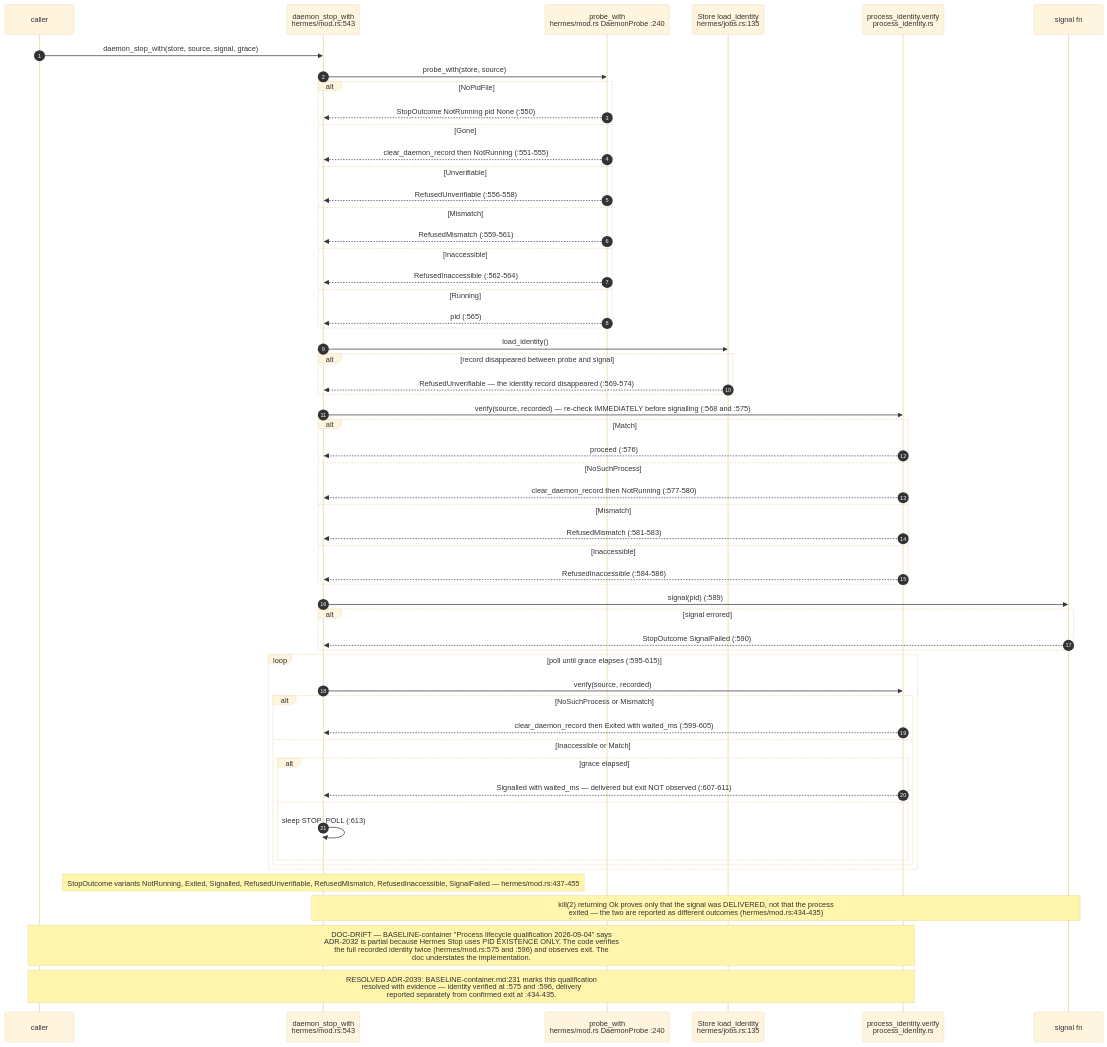
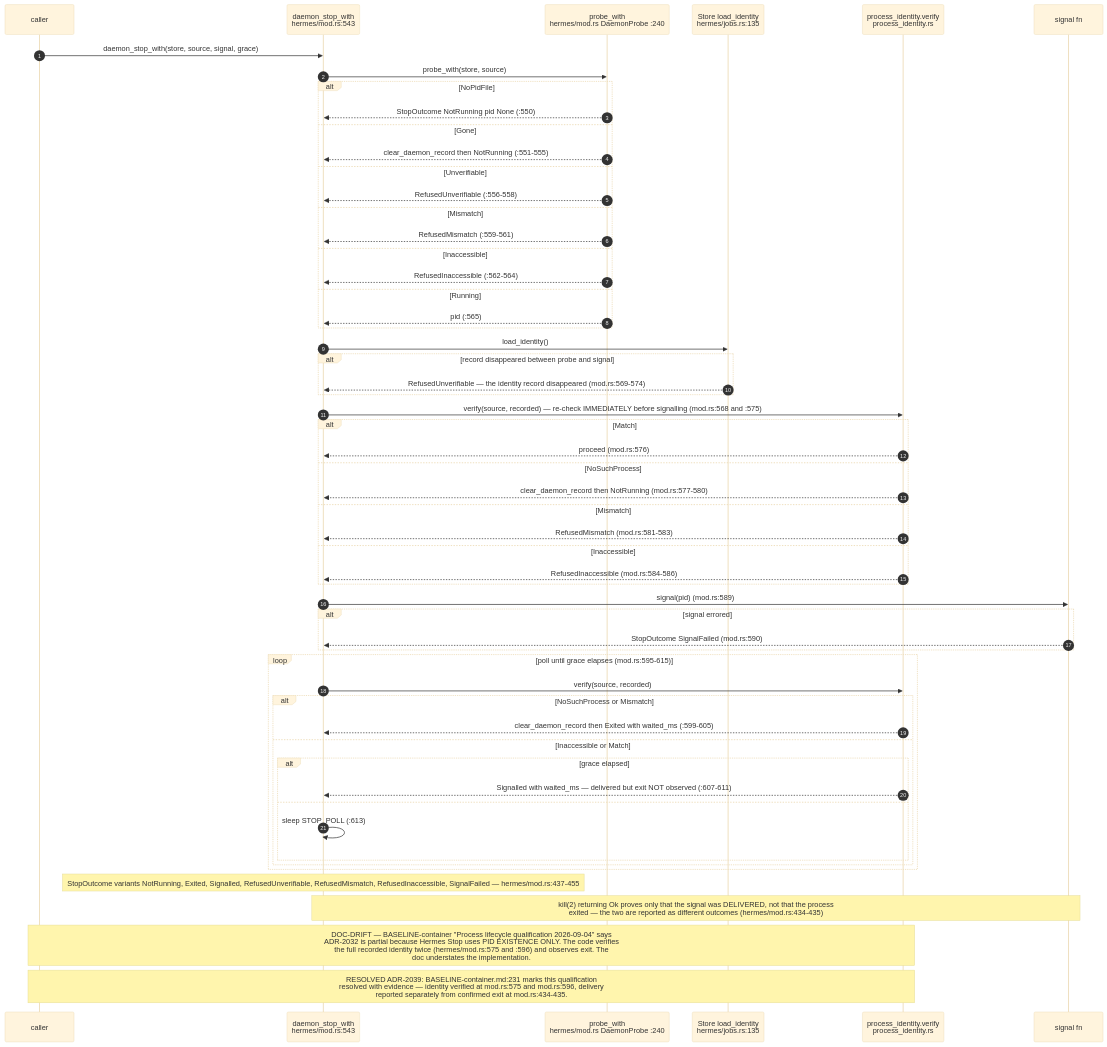
Before and after one commit to DreamLab-AI/VisionFlow: the sixth of 9 diagrams in docs/diagrams/agentbox/07-daemons-reapers-cron-backups.md, drawn with Mermaid (base theme). The commit also changed other lines of this file and 52 other files, not shown here.

First line of the commit message:
docs(diagrams): wave 3 checkpoint — bare line refs resolved, revision-pinned cite-check, VC-05/AB-01..13 re-attested

````diff
--- a/docs/diagrams/agentbox/07-daemons-reapers-cron-backups.md
+++ b/docs/diagrams/agentbox/07-daemons-reapers-cron-backups.md
@@ -220,60 +220,60 @@
 ```mermaid
 sequenceDiagram
     autonumber
     participant C as caller
     participant S as daemon_stop_with<br/>hermes/mod.rs:543
     participant P as probe_with<br/>hermes/mod.rs DaemonProbe :240
     participant ST as Store load_identity<br/>hermes/jobs.rs:135
     participant V as process_identity.verify<br/>process_identity.rs
     participant SIG as signal fn
 
     C->>S: daemon_stop_with(store, source, signal, grace)
     S->>P: probe_with(store, source)
     alt NoPidFile
         P-->>S: StopOutcome NotRunning pid None (:550)
     else Gone
         P-->>S: clear_daemon_record then NotRunning (:551-555)
     else Unverifiable
         P-->>S: RefusedUnverifiable (:556-558)
     else Mismatch
         P-->>S: RefusedMismatch (:559-561)
     else Inaccessible
         P-->>S: RefusedInaccessible (:562-564)
     else Running
         P-->>S: pid (:565)
     end
     S->>ST: load_identity()
     alt record disappeared between probe and signal
-        ST-->>S: RefusedUnverifiable — the identity record disappeared (:569-574)
+        ST-->>S: RefusedUnverifiable — the identity record disappeared (mod.rs:569-574)
     end
-    S->>V: verify(source, recorded) — re-check IMMEDIATELY before signalling (:568 and :575)
+    S->>V: verify(source, recorded) — re-check IMMEDIATELY before signalling (mod.rs:568 and :575)
     alt Match
-        V-->>S: proceed (:576)
+        V-->>S: proceed (mod.rs:576)
     else NoSuchProcess
-        V-->>S: clear_daemon_record then NotRunning (:577-580)
+        V-->>S: clear_daemon_record then NotRunning (mod.rs:577-580)
     else Mismatch
-        V-->>S: RefusedMismatch (:581-583)
+        V-->>S: RefusedMismatch (mod.rs:581-583)
     else Inaccessible
-        V-->>S: RefusedInaccessible (:584-586)
+        V-->>S: RefusedInaccessible (mod.rs:584-586)
     end
-    S->>SIG: signal(pid) (:589)
+    S->>SIG: signal(pid) (mod.rs:589)
     alt signal errored
-        SIG-->>S: StopOutcome SignalFailed (:590)
+        SIG-->>S: StopOutcome SignalFailed (mod.rs:590)
     end
-    loop poll until grace elapses (:595-615)
+    loop poll until grace elapses (mod.rs:595-615)
         S->>V: verify(source, recorded)
         alt NoSuchProcess or Mismatch
             V-->>S: clear_daemon_record then Exited with waited_ms (:599-605)
         else Inaccessible or Match
             alt grace elapsed
                 V-->>S: Signalled with waited_ms — delivered but exit NOT observed (:607-611)
             else
                 S->>S: sleep STOP_POLL (:613)
             end
         end
     end
     Note over S: StopOutcome variants NotRunning, Exited, Signalled, RefusedUnverifiable, RefusedMismatch, RefusedInaccessible, SignalFailed — hermes/mod.rs:437-455
     Note over S,SIG: kill(2) returning Ok proves only that the signal was DELIVERED, not that the process<br/>exited — the two are reported as different outcomes (hermes/mod.rs:434-435)
     Note over C,V: DOC-DRIFT — BASELINE-container "Process lifecycle qualification 2026-09-04" says<br/>ADR-2032 is partial because Hermes Stop uses PID EXISTENCE ONLY. The code verifies<br/>the full recorded identity twice (hermes/mod.rs:575 and :596) and observes exit. The<br/>doc understates the implementation.
-    Note over C,V: RESOLVED ADR-2039: BASELINE-container.md:231 marks this qualification<br/>resolved with evidence — identity verified at :575 and :596, delivery<br/>reported separately from confirmed exit at :434-435.
+    Note over C,V: RESOLVED ADR-2039: BASELINE-container.md:231 marks this qualification<br/>resolved with evidence — identity verified at mod.rs:575 and mod.rs:596, delivery<br/>reported separately from confirmed exit at mod.rs:434-435.
 ```
````
